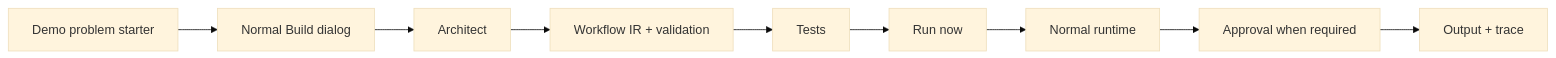
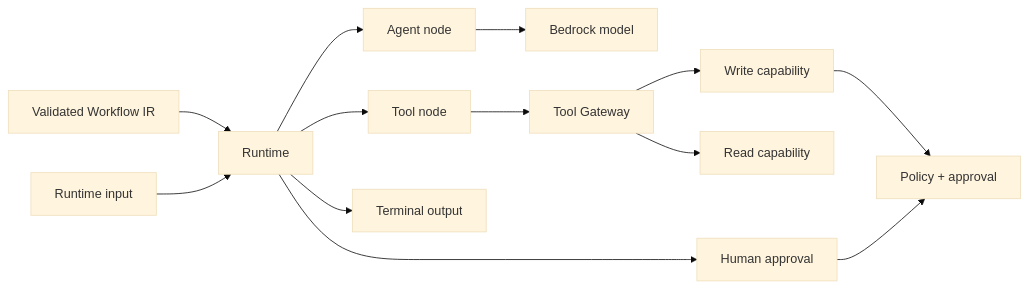
Before and after one commit to akashrajeev/Specloom: the fourth of 4 diagrams in docs/ARCHITECTURE.md, drawn with Mermaid (base theme). The commit also changed other lines of this file and 7 other files, not shown here.

First line of the commit message:
docs: polish architecture and documentation

```diff
--- a/docs/ARCHITECTURE.md
+++ b/docs/ARCHITECTURE.md
@@ -407,11 +368,18 @@
 ~~~mermaid
 flowchart LR
-    D[Demo problem starter] --> B[Normal Build dialog]
-    B --> A[Architect]
-    A --> V[Workflow IR + validation]
-    V --> T[Tests]
-    T --> R[Run now]
-    R --> X[Normal runtime]
-    X --> H[Approval when required]
-    H --> O[Output + trace]
+    IR3[Validated Workflow IR] --> EXEC3[Runtime]
+    INPUT[Runtime input] --> EXEC3
+
+    EXEC3 --> AGENT[Agent node]
+    EXEC3 --> TOOL[Tool node]
+    EXEC3 --> HUMAN3[Human approval]
+    EXEC3 --> OUT[Terminal output]
+
+    AGENT --> MODEL3[Bedrock model]
+    TOOL --> GATE3[Tool Gateway]
+
+    GATE3 --> READ[Read capability]
+    GATE3 --> WRITE[Write capability]
+    WRITE --> POLICY[Policy + approval]
+    HUMAN3 --> POLICY
 ~~~
```
